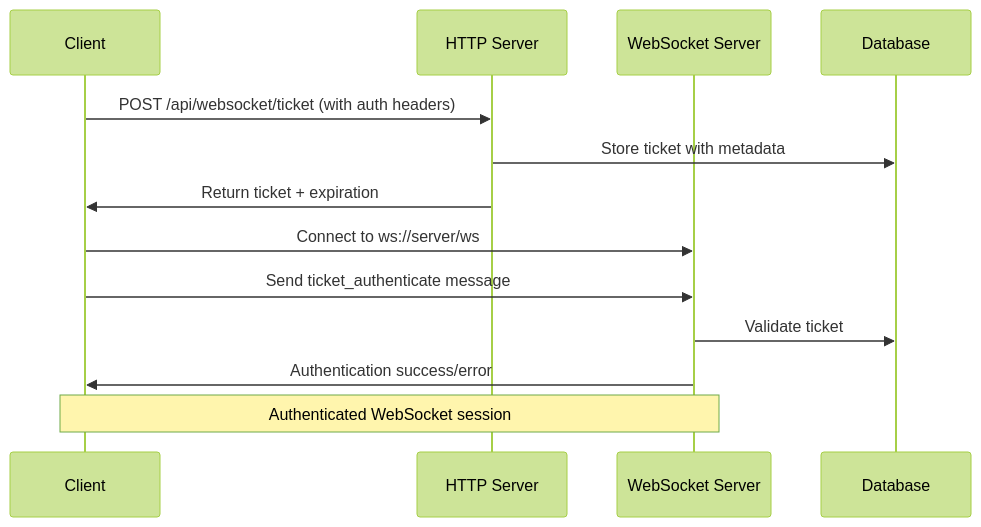
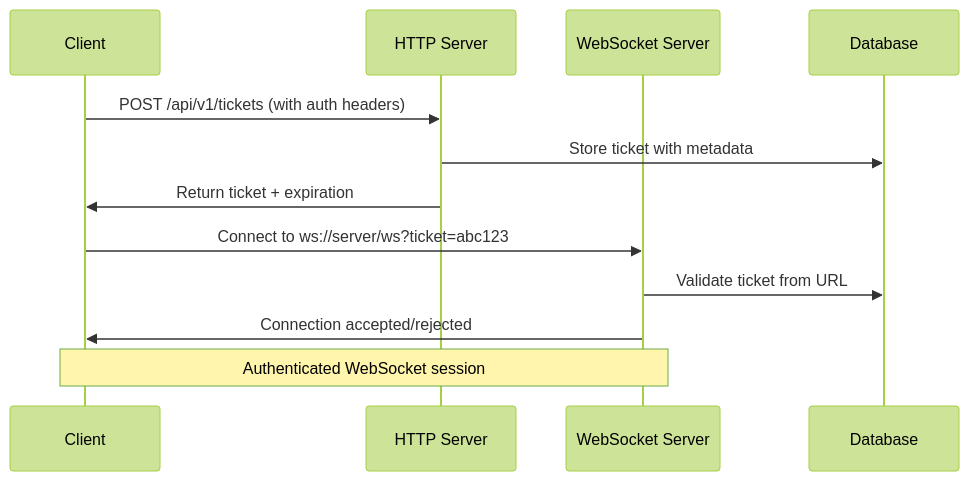
One commit to oddle-engineering/oddle-chat-wrapper-ui changed the diagram in WEBSOCKET_TICKET_API.md. Above: the diagram before and after it, drawn with Mermaid (forest theme). The commit also changed other lines of this file and 11 other files, not shown here.

Commit message:
feat: Implement URL-based ticket authentication for WebSocket connections and update related documentation

````diff
--- a/WEBSOCKET_TICKET_API.md
+++ b/WEBSOCKET_TICKET_API.md
@@ -5,16 +5,15 @@
 ```mermaid
 sequenceDiagram
     participant Client
     participant HTTP Server
     participant WebSocket Server
     participant Database
 
-    Client->>HTTP Server: POST /api/websocket/ticket (with auth headers)
+    Client->>HTTP Server: POST /api/v1/tickets (with auth headers)
     HTTP Server->>Database: Store ticket with metadata
     HTTP Server->>Client: Return ticket + expiration
-    Client->>WebSocket Server: Connect to ws://server/ws
-    Client->>WebSocket Server: Send ticket_authenticate message
-    WebSocket Server->>Database: Validate ticket
-    WebSocket Server->>Client: Authentication success/error
+    Client->>WebSocket Server: Connect to ws://server/ws?ticket=abc123
+    WebSocket Server->>Database: Validate ticket from URL
+    WebSocket Server->>Client: Connection accepted/rejected
     Note over Client,WebSocket Server: Authenticated WebSocket session
 ```
````
